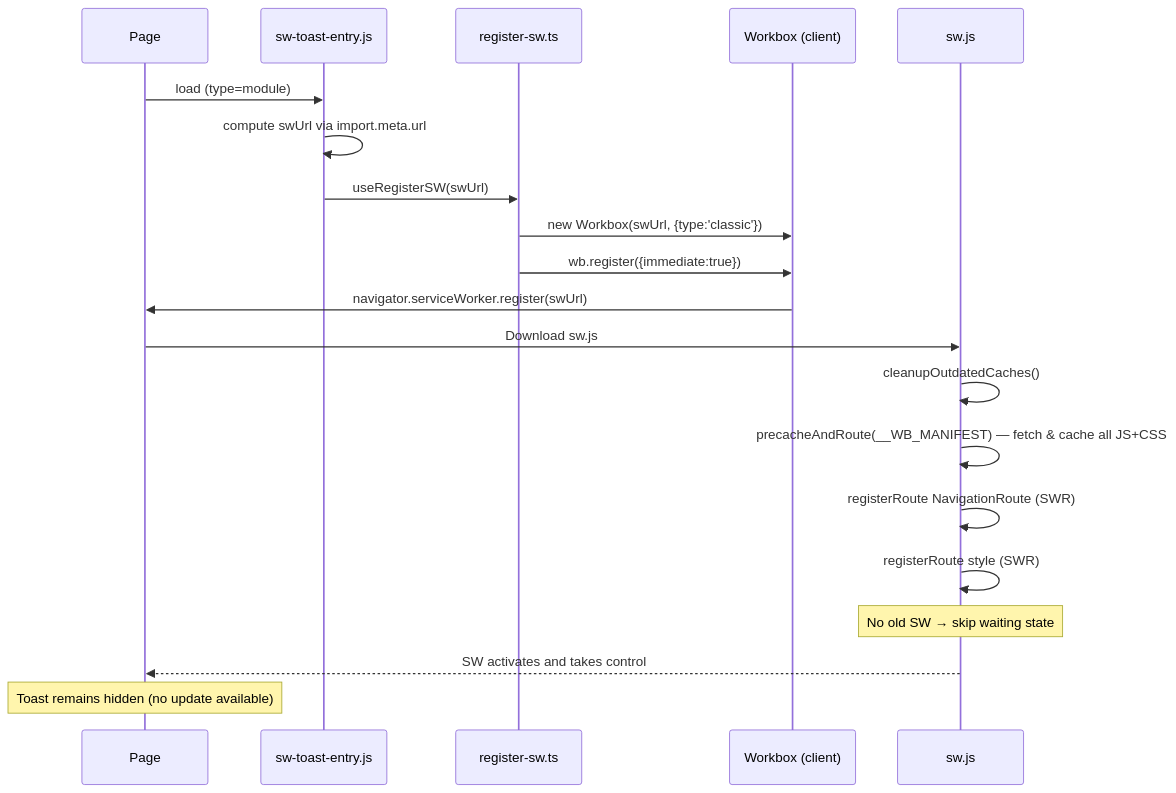
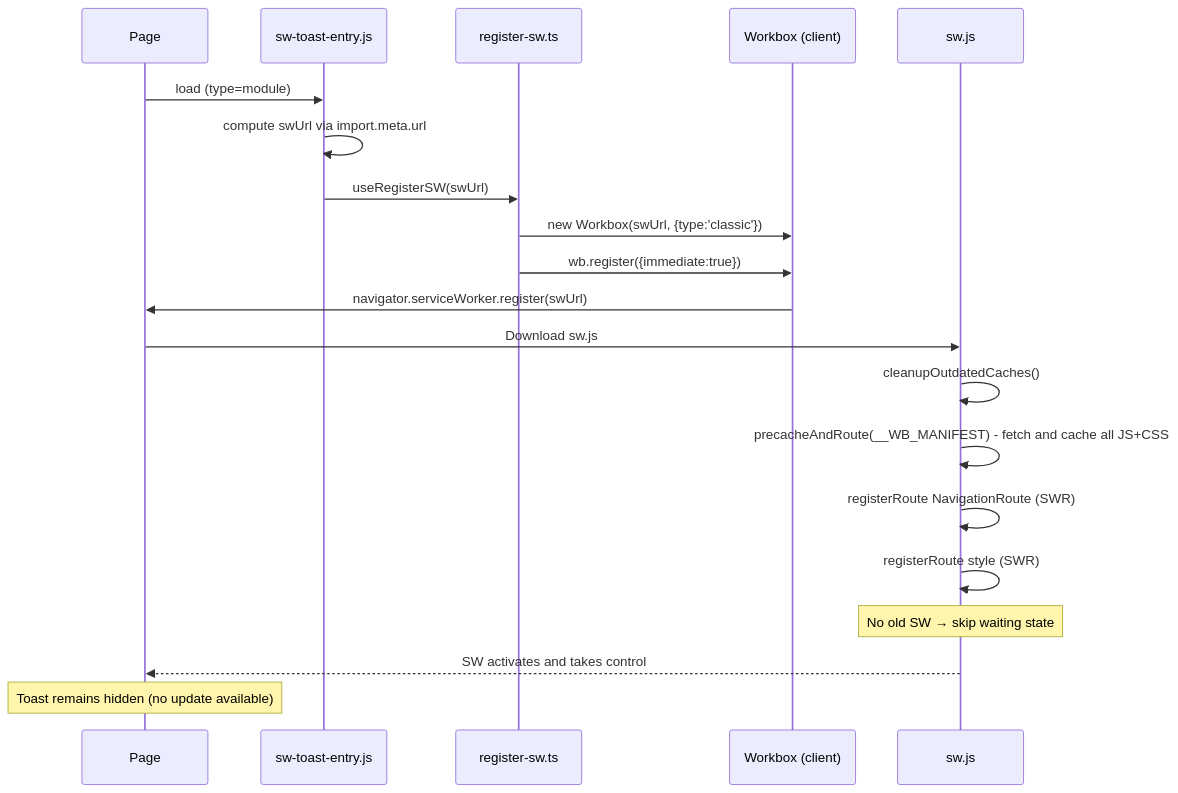
The second of 3 diagrams in docs/SERVICE_WORKER.md (christianacca/spidershop-historical-analysis), drawn with Mermaid before and after one commit. The commit also changed other lines of this file and 1 other file, not shown here.

Commit message:
test(e2e): add tests for CSS caching and SW registration scope

````diff
--- a/docs/SERVICE_WORKER.md
+++ b/docs/SERVICE_WORKER.md
@@ -136,23 +136,23 @@
 ```mermaid
 sequenceDiagram
     participant Page
     participant Entry as sw-toast-entry.js
     participant Reg as register-sw.ts
     participant WB as Workbox (client)
     participant SW as sw.js
 
     Page->>Entry: load (type=module)
     Entry->>Entry: compute swUrl via import.meta.url
     Entry->>Reg: useRegisterSW(swUrl)
     Reg->>WB: new Workbox(swUrl, {type:'classic'})
     Reg->>WB: wb.register({immediate:true})
     WB->>Page: navigator.serviceWorker.register(swUrl)
     Page->>SW: Download sw.js
     SW->>SW: cleanupOutdatedCaches()
-    SW->>SW: precacheAndRoute(__WB_MANIFEST) — fetch & cache all JS+CSS
+    SW->>SW: precacheAndRoute(__WB_MANIFEST) - fetch and cache all JS+CSS
     SW->>SW: registerRoute NavigationRoute (SWR)
     SW->>SW: registerRoute style (SWR)
     Note over SW: No old SW → skip waiting state
     SW-->>Page: SW activates and takes control
     Note over Page: Toast remains hidden (no update available)
 ```
````
